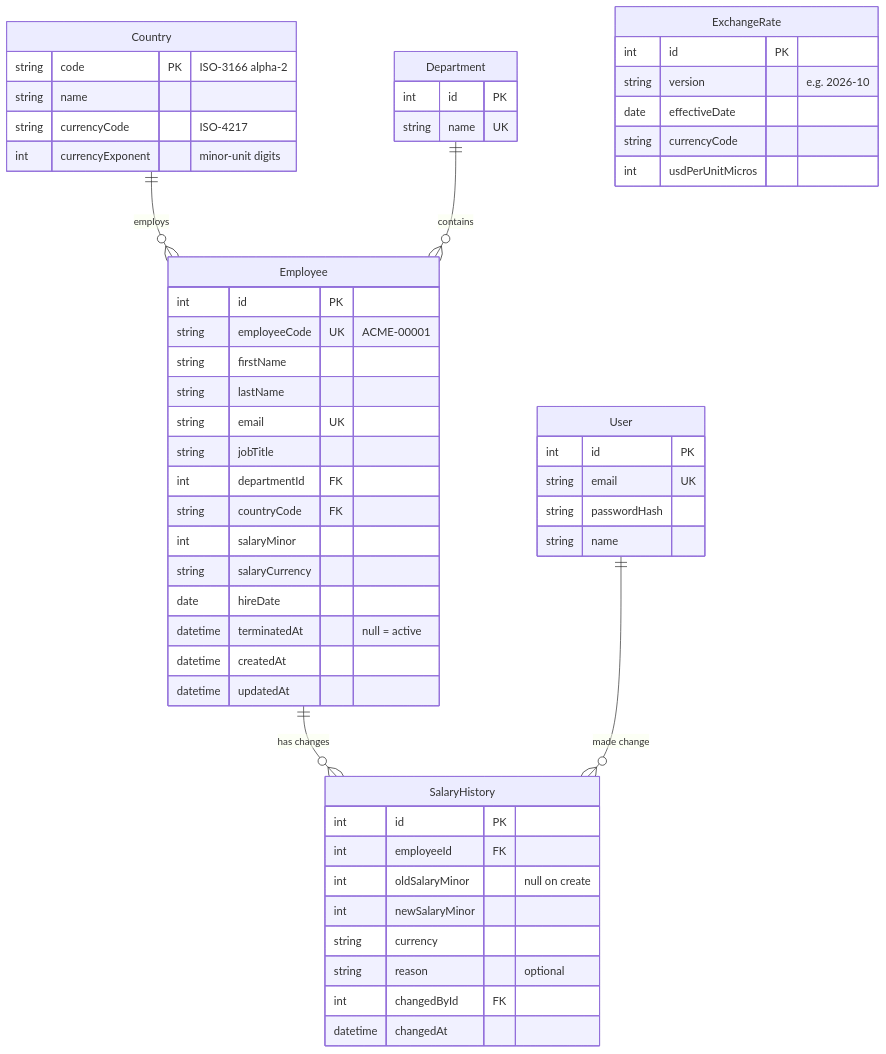
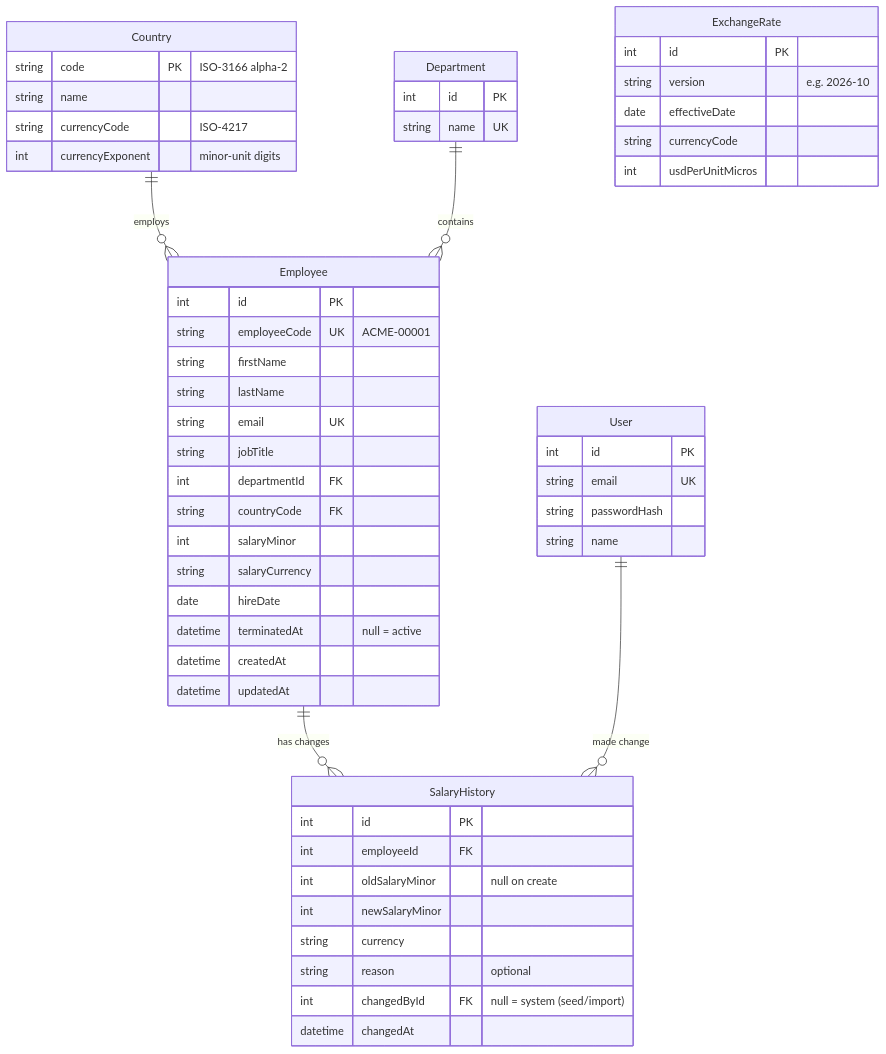
Before and after one commit to bilalaslam1122/acme-salary-manager: the second of 2 diagrams in context/architecture.md, drawn with Mermaid. The commit also changed other lines of this file and 20 other files, not shown here.

First line of the commit message:
feat: add prisma schema, initial migration and deterministic seed

````diff
--- a/context/architecture.md
+++ b/context/architecture.md
@@ -72,57 +77,57 @@
 ```mermaid
 erDiagram
   Country ||--o{ Employee : employs
   Department ||--o{ Employee : contains
   Employee ||--o{ SalaryHistory : "has changes"
   User ||--o{ SalaryHistory : "made change"
 
   Country {
     string code PK "ISO-3166 alpha-2"
     string name
     string currencyCode "ISO-4217"
     int currencyExponent "minor-unit digits"
   }
   Department {
     int id PK
     string name UK
   }
   Employee {
     int id PK
     string employeeCode UK "ACME-00001"
     string firstName
     string lastName
     string email UK
     string jobTitle
     int departmentId FK
     string countryCode FK
     int salaryMinor
     string salaryCurrency
     date hireDate
     datetime terminatedAt "null = active"
     datetime createdAt
     datetime updatedAt
   }
   ExchangeRate {
     int id PK
     string version "e.g. 2026-10"
     date effectiveDate
     string currencyCode
     int usdPerUnitMicros
   }
   SalaryHistory {
     int id PK
     int employeeId FK
     int oldSalaryMinor "null on create"
     int newSalaryMinor
     string currency
     string reason "optional"
-    int changedById FK
+    int changedById FK "null = system (seed/import)"
     datetime changedAt
   }
   User {
     int id PK
     string email UK
     string passwordHash
     string name
   }
 ```
````
